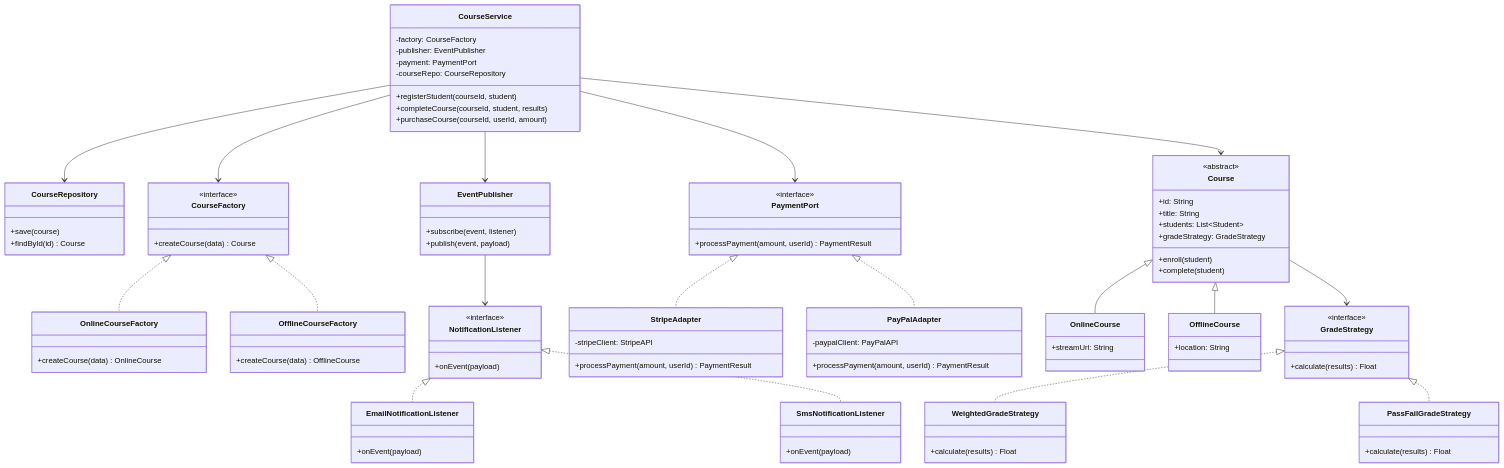
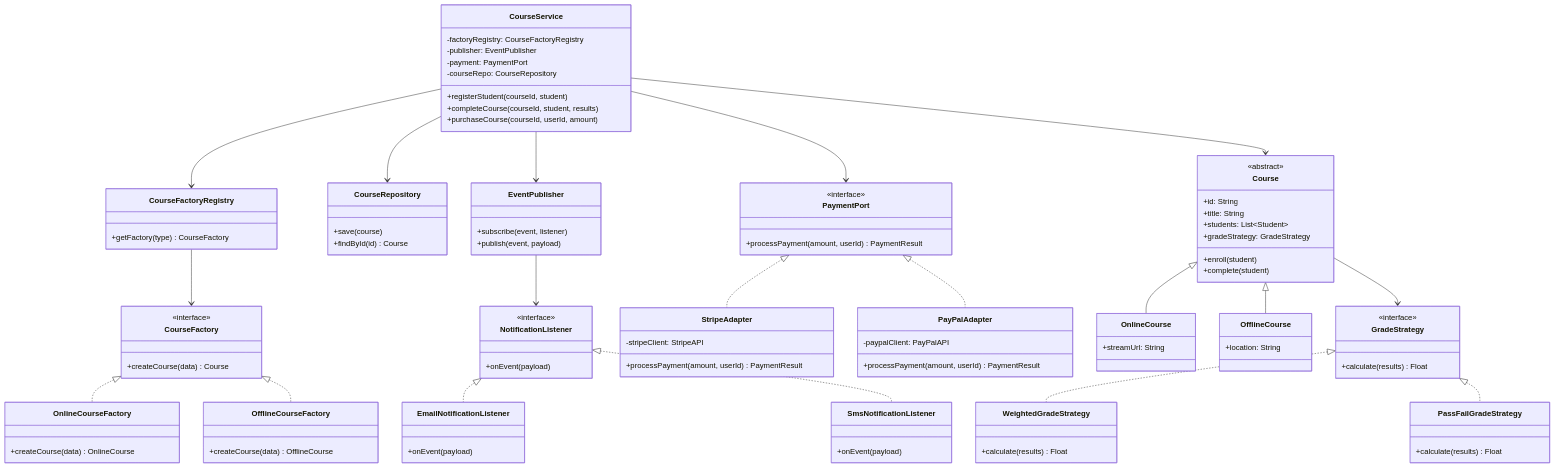
The first of 2 diagrams in README.md (yumenfff/Service-and-Application-Architecture), drawn with Mermaid before and after one commit. The commit also changed other lines of this file, not shown here.

```diff
--- a/README.md
+++ b/README.md
@@ -33,9 +33,12 @@
     class OfflineCourseFactory {
         +createCourse(data) OfflineCourse
     }
+    class CourseFactoryRegistry {
+        +getFactory(type) CourseFactory
+    }
     CourseFactory <|.. OnlineCourseFactory
     CourseFactory <|.. OfflineCourseFactory
-
+    CourseFactoryRegistry --> CourseFactory
     %% Course hierarchy
     class Course {
         <<abstract>>
@@ -54,7 +57,6 @@
     }
     Course <|-- OnlineCourse
     Course <|-- OfflineCourse
-
     %% Strategy
     class GradeStrategy {
         <<interface>>
@@ -69,7 +71,6 @@
     GradeStrategy <|.. WeightedGradeStrategy
     GradeStrategy <|.. PassFailGradeStrategy
     Course --> GradeStrategy
-
     %% Observer
     class EventPublisher {
         +subscribe(event, listener)
@@ -88,7 +89,6 @@
     NotificationListener <|.. EmailNotificationListener
     NotificationListener <|.. SmsNotificationListener
     EventPublisher --> NotificationListener
-
     %% Adapter
     class PaymentPort {
         <<interface>>
@@ -104,14 +104,13 @@
     }
     PaymentPort <|.. StripeAdapter
     PaymentPort <|.. PayPalAdapter
-
     %% Application Service
     class CourseRepository {
-    +save(course)
-    +findById(id) Course
+        +save(course)
+        +findById(id) Course
     }
     class CourseService {
-        -factory: CourseFactory
+        -factoryRegistry: CourseFactoryRegistry
         -publisher: EventPublisher
         -payment: PaymentPort
         -courseRepo: CourseRepository
@@ -119,8 +118,8 @@
         +completeCourse(courseId, student, results)
         +purchaseCourse(courseId, userId, amount)
     }
+    CourseService --> CourseFactoryRegistry
     CourseService --> CourseRepository
-    CourseService --> CourseFactory
     CourseService --> EventPublisher
     CourseService --> PaymentPort
     CourseService --> Course
```
